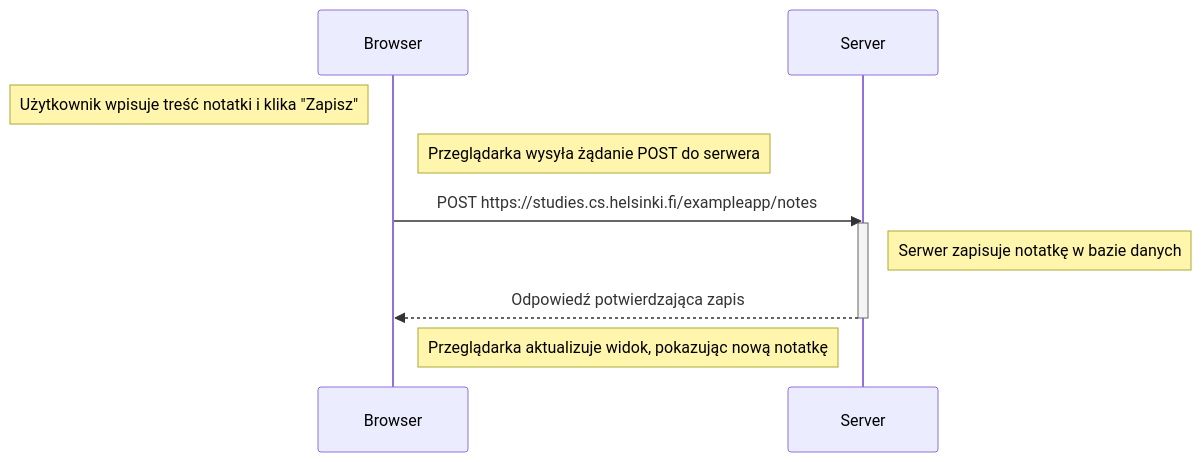
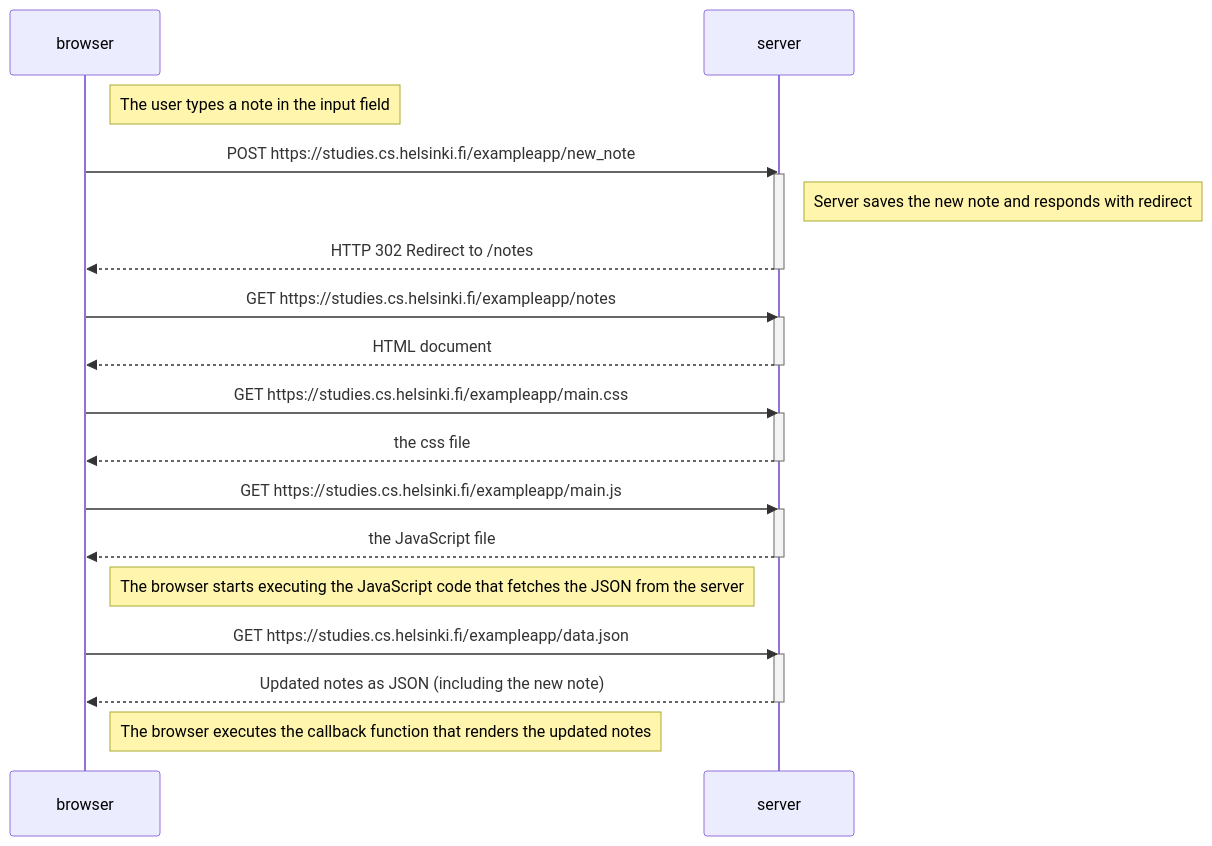
One commit to KrystianDulny8/FullStack changed the diagram in Part0/Nowy diagram 0.4.mmd. Above: the diagram before and after it, drawn with Mermaid.

Commit message:
Zaktualizowano diagram nowej notatki

```diff
--- a/Part0/Nowy diagram 0.4.mmd
+++ b/Part0/Nowy diagram 0.4.mmd
@@ -1,14 +1,35 @@
 sequenceDiagram
-    participant browser as Browser
-    participant server as Server
+    participant browser
+    participant server
 
-    Note left of browser: Użytkownik wpisuje treść notatki i klika "Zapisz"
-    
-    Note right of browser: Przeglądarka wysyła żądanie POST do serwera
-    browser->>server: POST https://studies.cs.helsinki.fi/exampleapp/notes
+    Note right of browser: The user types a note in the input field
+
+    browser->>server: POST https://studies.cs.helsinki.fi/exampleapp/new_note
     activate server
-    Note right of server: Serwer zapisuje notatkę w bazie danych
-    server-->>browser: Odpowiedź potwierdzająca zapis
+    Note right of server: Server saves the new note and responds with redirect
+    server-->>browser: HTTP 302 Redirect to /notes
     deactivate server
 
-    Note right of browser: Przeglądarka aktualizuje widok, pokazując nową notatkę
+    browser->>server: GET https://studies.cs.helsinki.fi/exampleapp/notes
+    activate server
+    server-->>browser: HTML document
+    deactivate server
+
+    browser->>server: GET https://studies.cs.helsinki.fi/exampleapp/main.css
+    activate server
+    server-->>browser: the css file
+    deactivate server
+
+    browser->>server: GET https://studies.cs.helsinki.fi/exampleapp/main.js
+    activate server
+    server-->>browser: the JavaScript file
+    deactivate server
+
+    Note right of browser: The browser starts executing the JavaScript code that fetches the JSON from the server
+
+    browser->>server: GET https://studies.cs.helsinki.fi/exampleapp/data.json
+    activate server
+    server-->>browser: Updated notes as JSON (including the new note)
+    deactivate server
+
+    Note right of browser: The browser executes the callback function that renders the updated notes
```
